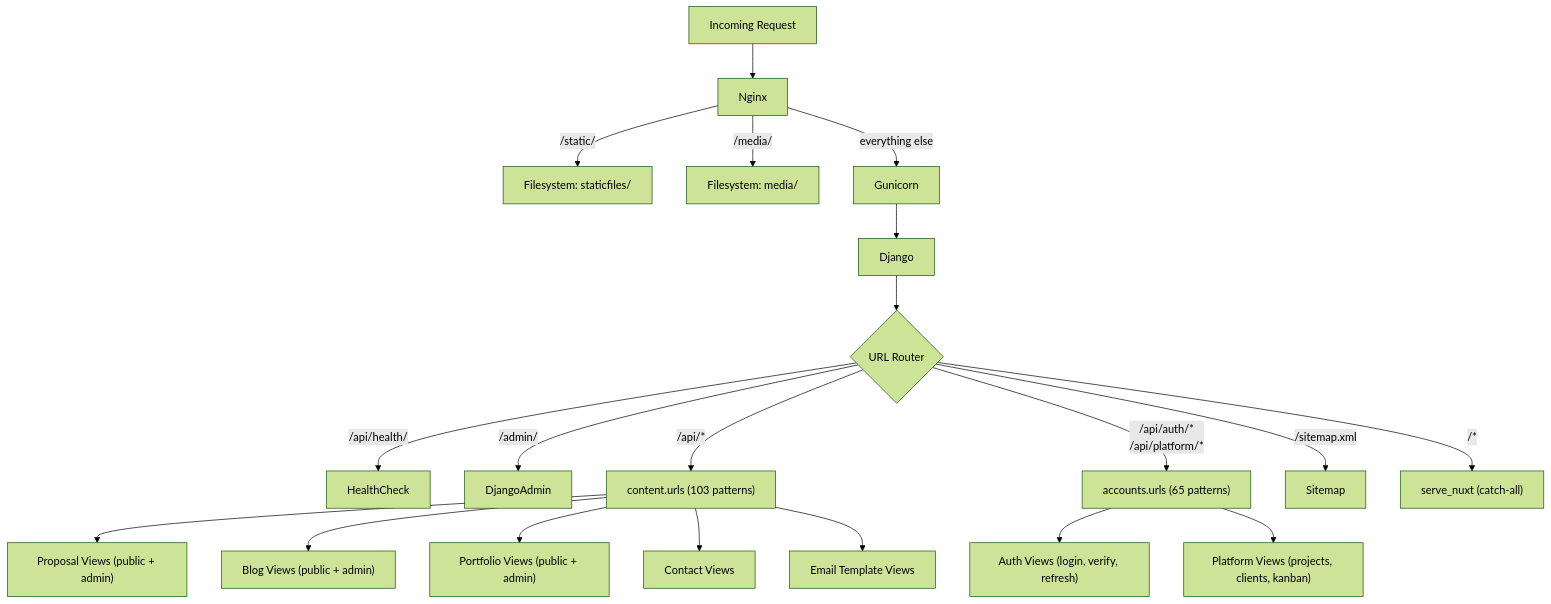
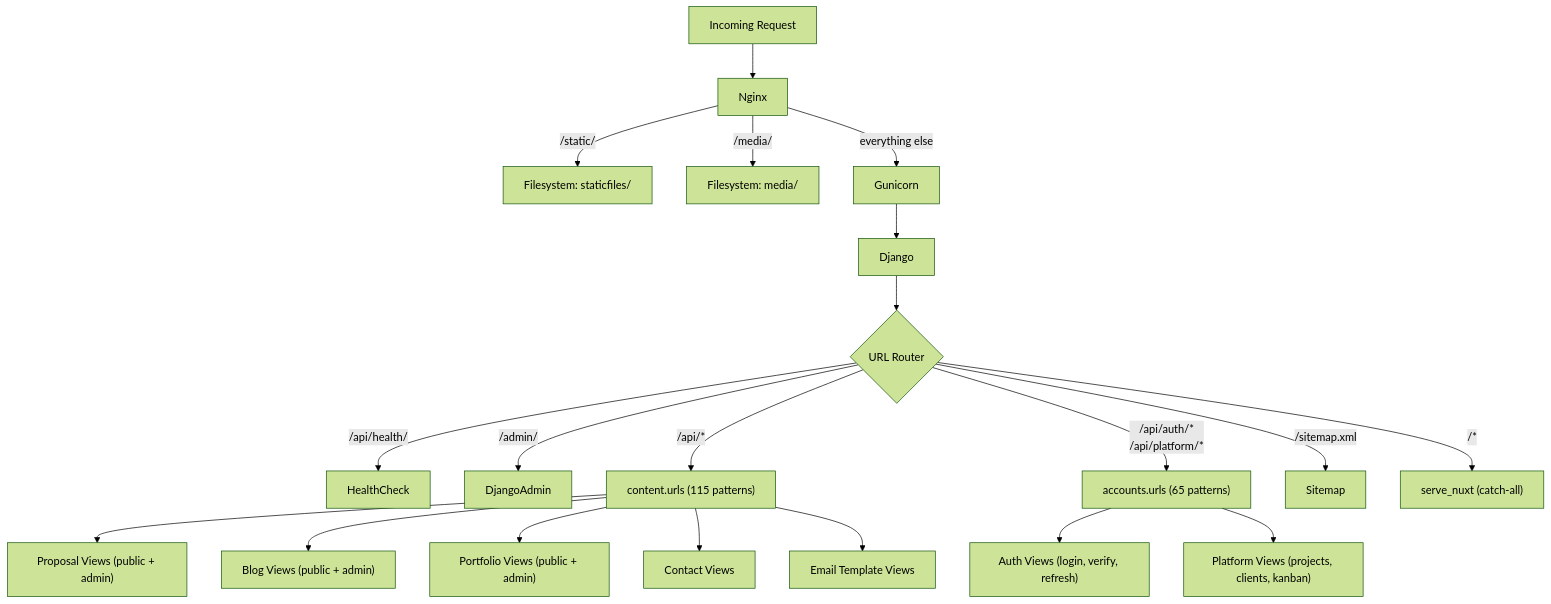
Before and after one commit to gustavop-dev/projectapp: the third of 11 diagrams in docs/methodology/architecture.md, drawn with Mermaid (forest theme). The commit also changed other lines of this file and 435 other files, not shown here.

````diff
--- a/docs/methodology/architecture.md
+++ b/docs/methodology/architecture.md
@@ -82,28 +82,28 @@
 ```mermaid
 flowchart TD
     Request[Incoming Request] --> Nginx
 
     Nginx -->|/static/| FS1[Filesystem: staticfiles/]
     Nginx -->|/media/| FS2[Filesystem: media/]
     Nginx -->|everything else| Gunicorn
 
     Gunicorn --> Django
     Django --> URLRouter{URL Router}
 
     URLRouter -->|/api/health/| HealthCheck
     URLRouter -->|/admin/| DjangoAdmin
 
-    URLRouter -->|/api/*| ContentURLs["content.urls (103 patterns)"]
+    URLRouter -->|/api/*| ContentURLs["content.urls (115 patterns)"]
     URLRouter -->|/api/auth/*<br>/api/platform/*| AccountsURLs["accounts.urls (65 patterns)"]
     URLRouter -->|/sitemap.xml| Sitemap
     URLRouter -->|/*| ServeNuxt["serve_nuxt (catch-all)"]
 
     AccountsURLs --> AuthViews["Auth Views (login, verify, refresh)"]
     AccountsURLs --> PlatformViews["Platform Views (projects, clients, kanban)"]
 
     ContentURLs --> ProposalViews["Proposal Views (public + admin)"]
     ContentURLs --> BlogViews["Blog Views (public + admin)"]
     ContentURLs --> PortfolioViews["Portfolio Views (public + admin)"]
     ContentURLs --> ContactViews["Contact Views"]
     ContentURLs --> EmailTemplateViews["Email Template Views"]
 ```
````
